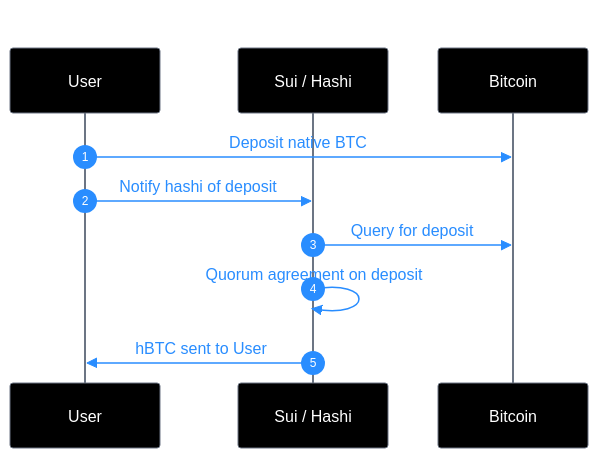
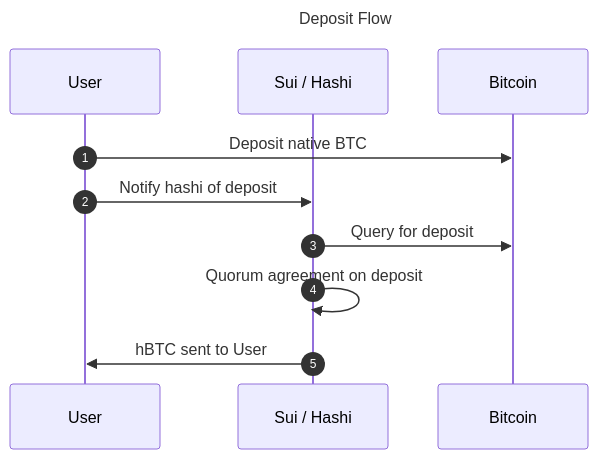
One commit to MystenLabs/hashi changed the first of 2 diagrams in design/docs/user-flows.mdx. Above: the diagram before and after it, drawn with Mermaid. The commit also changed other lines of this file and 11 other files, not shown here.

````diff
--- a/design/docs/user-flows.mdx
+++ b/design/docs/user-flows.mdx
@@ -18,51 +18,20 @@
 ```mermaid
 ---
 title: Deposit Flow
 config:
-  theme: base
-  themeVariables:
-    primaryColor: '#000000'
-    primaryTextColor: '#FFFFFF'
-    primaryBorderColor: '#6C7584'
-    secondaryColor: '#6C7584'
-    secondaryTextColor: '#FFFFFF'
-    tertiaryColor: '#298DFF'
-    tertiaryTextColor: '#FFFFFF'
-    lineColor: '#298DFF'
-    background: '#FFFFFF'
-    mainBkg: '#000000'
-    secondBkg: '#6C7584'
-    actorBkg: '#000000'
-    actorBorder: '#6C7584'
-    actorTextColor: '#FFFFFF'
-    actorLineColor: '#6C7584'
-    sequenceNumberColor: '#FFFFFF'
-    noteBkgColor: '#E6F1FB'
-    noteTextColor: '#000000'
-    noteBorderColor: '#298DFF'
-    activationBkgColor: '#298DFF'
-    activationBorderColor: '#185FA5'
-    fontSize: '14px'
-    fontFamily: 'Inter, sans-serif'
-    signalColor: '#298DFF'
-    signalTextColor: '#298DFF'
-    labelBoxBkgColor: '#000000'
-    labelBoxBorderColor: '#6C7584'
-    labelTextColor: '#FFFFFF'
-    loopTextColor: '#FFFFFF'
   sequence:
     diagramMarginX: 0
 ---
 sequenceDiagram
     autonumber
 
     participant User
     participant Hashi as Sui / Hashi
     participant Bitcoin
 
     User    ->>     Bitcoin:    Deposit native BTC
     User    ->>     Hashi:      Notify hashi of deposit
     Hashi   ->>     Bitcoin:    Query for deposit
     Hashi   ->>     Hashi:      Quorum agreement on deposit
     Hashi   ->>     User:       hBTC sent to User
 ```
````
